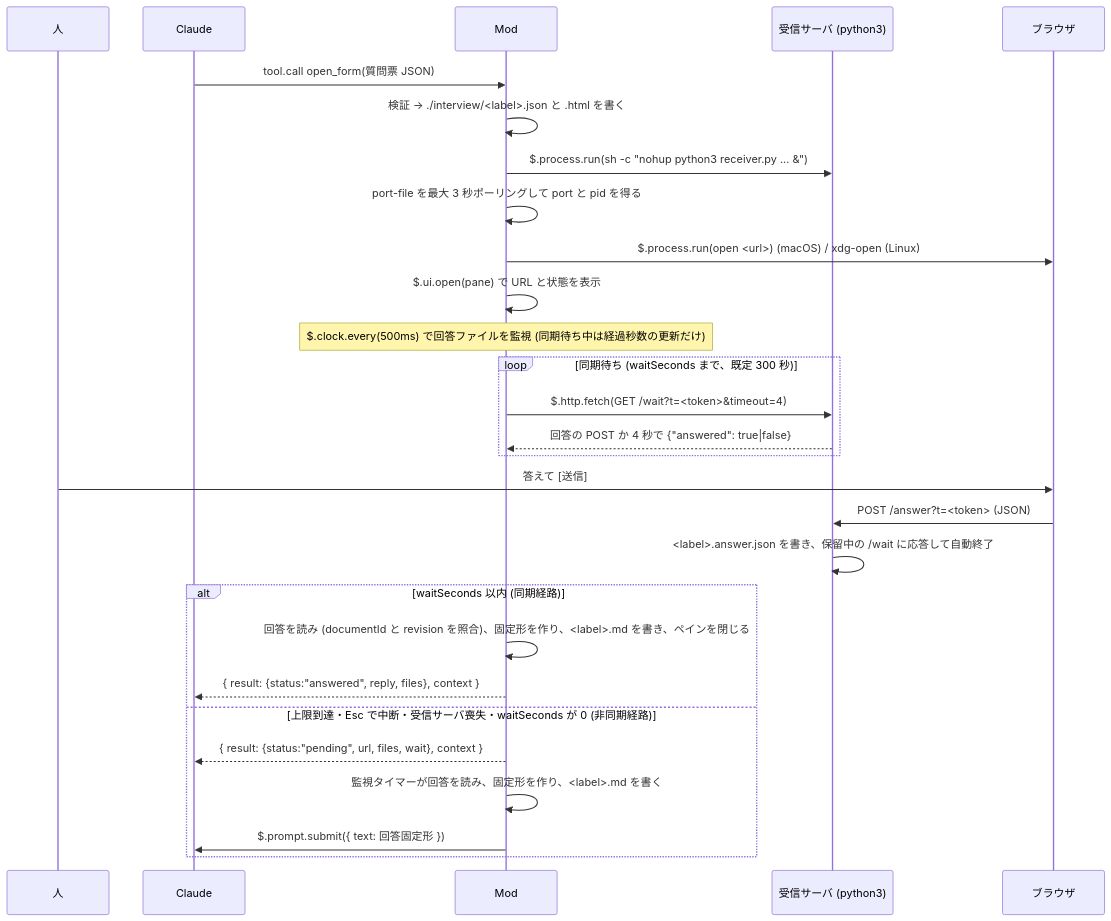
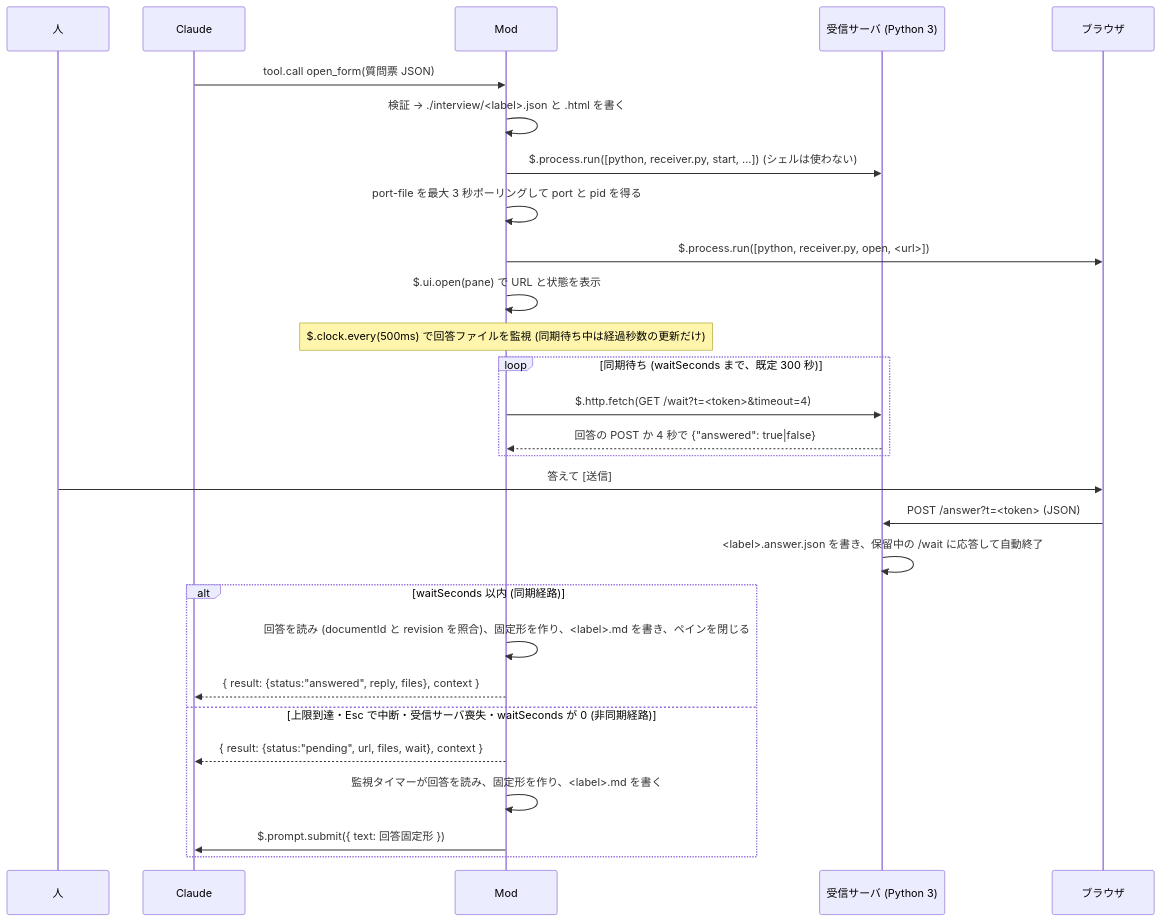
The diagram in plugins/document-interview/README.md (masahide/agent-kit), drawn with Mermaid before and after one commit. The commit also changed other lines of this file and 8 other files, not shown here.

````diff
--- a/plugins/document-interview/README.md
+++ b/plugins/document-interview/README.md
@@ -22,30 +22,30 @@
 ```mermaid
 sequenceDiagram
     participant U as 人
     participant C as Claude
     participant M as Mod
-    participant R as 受信サーバ (python3)
+    participant R as 受信サーバ (Python 3)
     participant B as ブラウザ
     C->>M: tool.call open_form(質問票 JSON)
     M->>M: 検証 → ./interview/<label>.json と .html を書く
-    M->>R: $.process.run(sh -c "nohup python3 receiver.py ... &")
+    M->>R: $.process.run([python, receiver.py, start, ...]) (シェルは使わない)
     M->>M: port-file を最大 3 秒ポーリングして port と pid を得る
-    M->>B: $.process.run(open <url>) (macOS) / xdg-open (Linux)
+    M->>B: $.process.run([python, receiver.py, open, <url>])
     M->>M: $.ui.open(pane) で URL と状態を表示
     Note over M: $.clock.every(500ms) で回答ファイルを監視 (同期待ち中は経過秒数の更新だけ)
     loop 同期待ち (waitSeconds まで、既定 300 秒)
         M->>R: $.http.fetch(GET /wait?t=<token>&timeout=4)
         R-->>M: 回答の POST か 4 秒で {"answered": true|false}
     end
     U->>B: 答えて [送信]
     B->>R: POST /answer?t=<token> (JSON)
     R->>R: <label>.answer.json を書き、保留中の /wait に応答して自動終了
     alt waitSeconds 以内 (同期経路)
         M->>M: 回答を読み (documentId と revision を照合)、固定形を作り、<label>.md を書き、ペインを閉じる
         M-->>C: { result: {status:"answered", reply, files}, context }
     else 上限到達・Esc で中断・受信サーバ喪失・waitSeconds が 0 (非同期経路)
         M-->>C: { result: {status:"pending", url, files, wait}, context }
         M->>M: 監視タイマーが回答を読み、固定形を作り、<label>.md を書く
         M->>C: $.prompt.submit({ text: 回答固定形 })
     end
 ```
````
